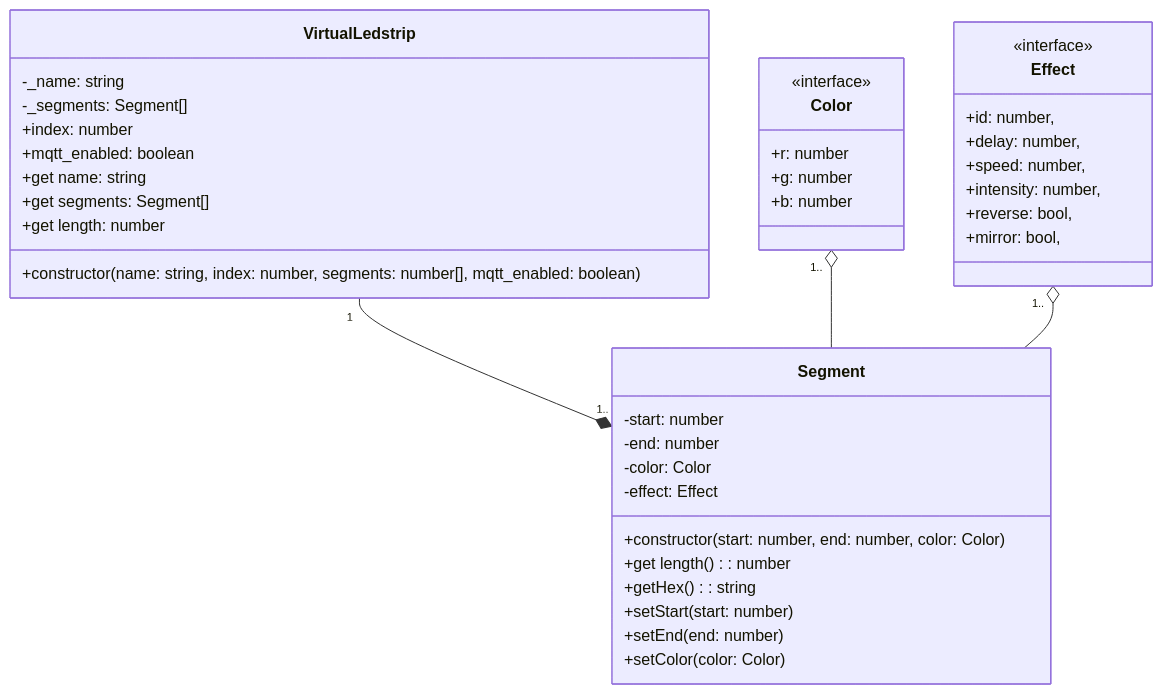
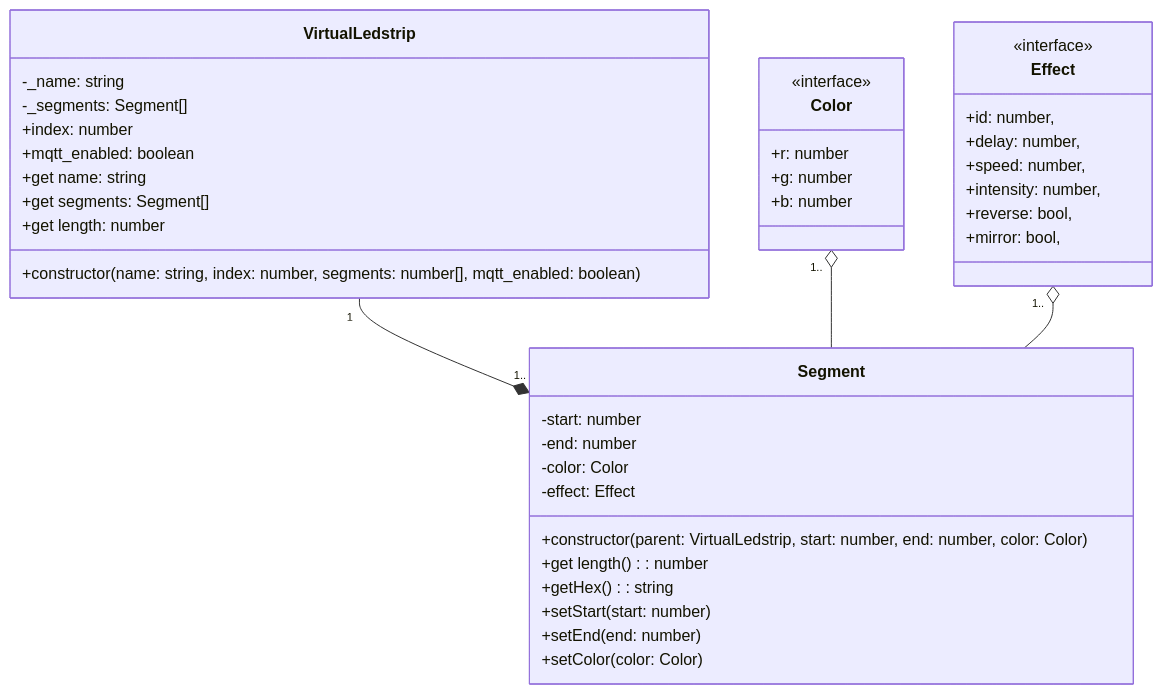
The diagram in Backend/README.md (vives-project-xp/InteractiveCorridor), drawn with Mermaid before and after one commit.

Commit message:
Update Segment constructor to include parent parameter

````diff
--- a/Backend/README.md
+++ b/Backend/README.md
@@ -7,48 +7,48 @@
 ```mermaid
 classDiagram
 
 class Segment {
     -start: number
     -end: number
     -color: Color
     -effect: Effect
-    +constructor(start: number, end: number, color: Color)
+    +constructor(parent: VirtualLedstrip, start: number, end: number, color: Color)
     +get length(): number
     +getHex(): string
     +setStart(start: number)
     +setEnd(end: number)
     +setColor(color: Color)
 }
 
 class Color {
     <<interface>>
     +r: number
     +g: number
     +b: number
 }
 
 class Effect {
     <<interface>>
     +id: number,
     +delay: number,
     +speed: number,
     +intensity: number,
     +reverse: bool,
     +mirror: bool,
 }
 
 class VirtualLedstrip{
     -_name: string
     -_segments: Segment[]
     +index: number
     +mqtt_enabled: boolean
     +get name: string
     +get segments: Segment[]
     +get length: number
     +constructor(name: string, index: number, segments: number[], mqtt_enabled: boolean)
 }
 
 VirtualLedstrip "1" --* "1.." Segment
 Color "1.." o-- Segment
 Effect "1.." o-- Segment
 ```
````
